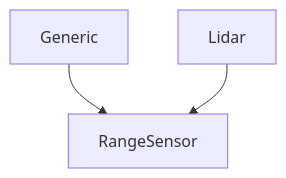
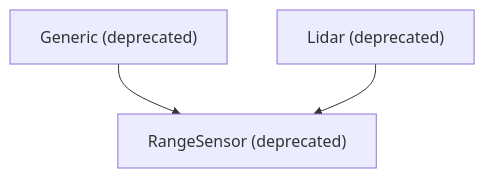
The diagram in source/extensions/isaacsim.robot.schema/docs/Overview.md (stevenf7/IsaacSim), drawn with Mermaid before and after one commit. The commit also changed other lines of this file and 14 other files, not shown here.

Commit message:
deprecate old physx sensor schemas

````diff
--- a/source/extensions/isaacsim.robot.schema/docs/Overview.md
+++ b/source/extensions/isaacsim.robot.schema/docs/Overview.md
@@ -7,6 +7,6 @@
 ```{mermaid}
 graph TD
-    %% Inheritance relationships
-    Generic --> RangeSensor
-    Lidar --> RangeSensor
+    %% Inheritance relationships (deprecated)
+    Generic["Generic (deprecated)"] --> RangeSensor["RangeSensor (deprecated)"]
+    Lidar["Lidar (deprecated)"] --> RangeSensor
 ```
````
